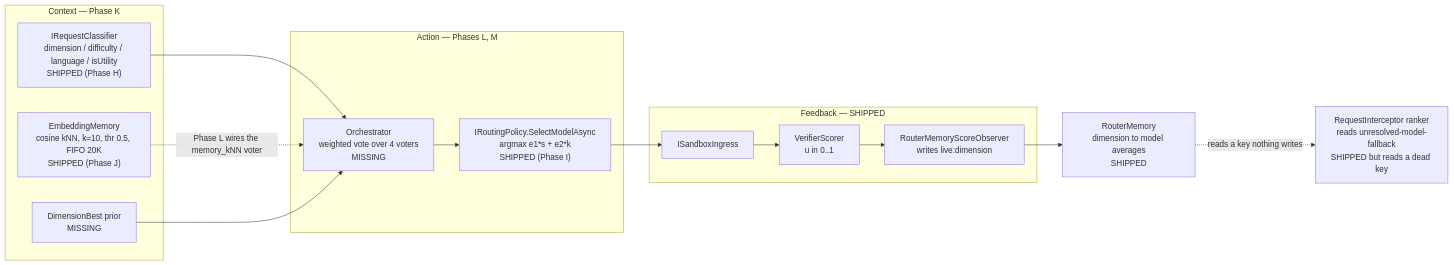
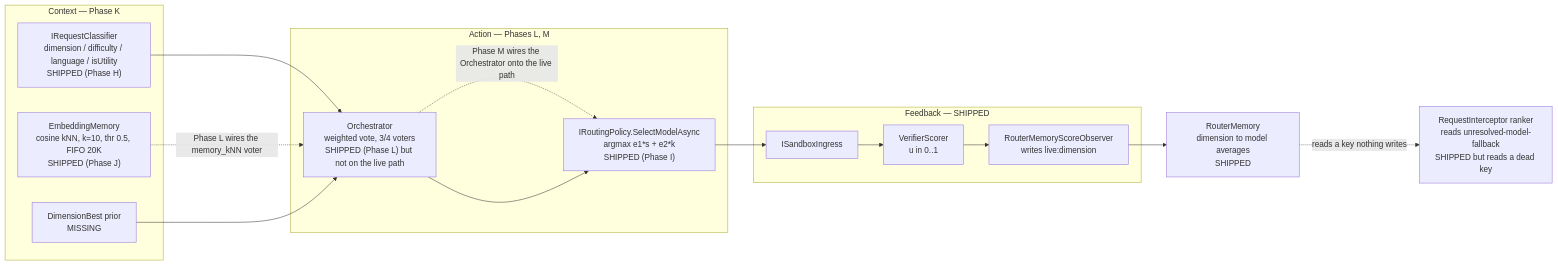
One commit to davidpizon/TotallyHot-ArcRouter changed the diagram in src/PLAN.md. Above: the diagram before and after it, drawn with Mermaid. The commit also changed other lines of this file and 24 other files, not shown here.

First line of the commit message:
Implement Orchestrator router with weighted voter ensemble

````diff
--- a/src/PLAN.md
+++ b/src/PLAN.md
@@ -17,32 +17,33 @@
 ```mermaid
 flowchart LR
     subgraph CTX["Context — Phase K"]
         CLS["IRequestClassifier<br/>dimension / difficulty / language / isUtility<br/>SHIPPED (Phase H)"]
         MEM["EmbeddingMemory<br/>cosine kNN, k=10, thr 0.5, FIFO 20K<br/>SHIPPED (Phase J)"]
         PRIOR["DimensionBest prior<br/>MISSING"]
     end
 
     subgraph ACT["Action — Phases L, M"]
-        ORC["Orchestrator<br/>weighted vote over 4 voters<br/>MISSING"]
+        ORC["Orchestrator<br/>weighted vote, 3/4 voters<br/>SHIPPED (Phase L) but not on the live path"]
         POL["IRoutingPolicy.SelectModelAsync<br/>argmax e1*s + e2*k<br/>SHIPPED (Phase I)"]
     end
 
     subgraph FB["Feedback — SHIPPED"]
         ING["ISandboxIngress"]
         VER["VerifierScorer<br/>u in 0..1"]
         OBS["RouterMemoryScoreObserver<br/>writes live:dimension"]
     end
 
     RM["RouterMemory<br/>dimension to model averages<br/>SHIPPED"]
     RI["RequestInterceptor ranker<br/>reads unresolved-model-fallback<br/>SHIPPED but reads a dead key"]
 
     CLS --> ORC
     MEM -.->|"Phase L wires the memory_kNN voter"| ORC
+    ORC -.->|"Phase M wires the Orchestrator onto the live path"| POL
     PRIOR --> ORC
     ORC --> POL
     POL --> ING
     ING --> VER
     VER --> OBS
     OBS --> RM
     RM -.->|"reads a key nothing writes"| RI
 ```
````
